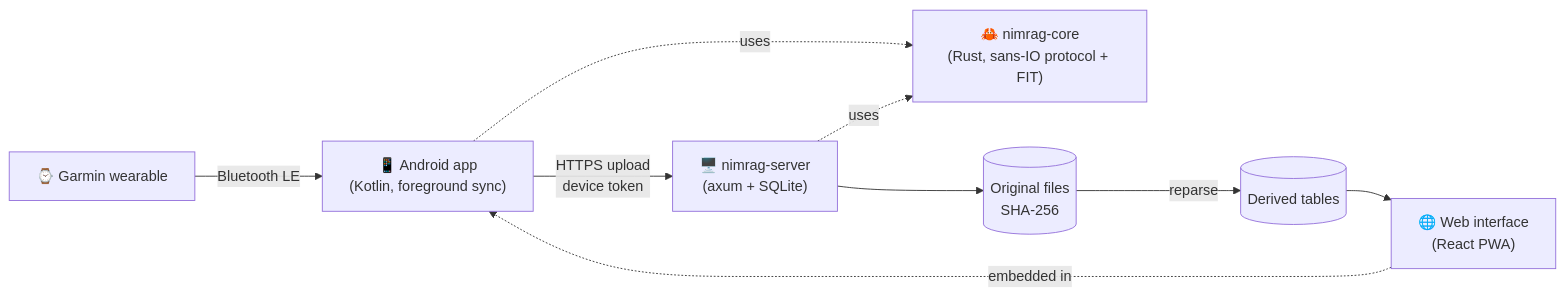
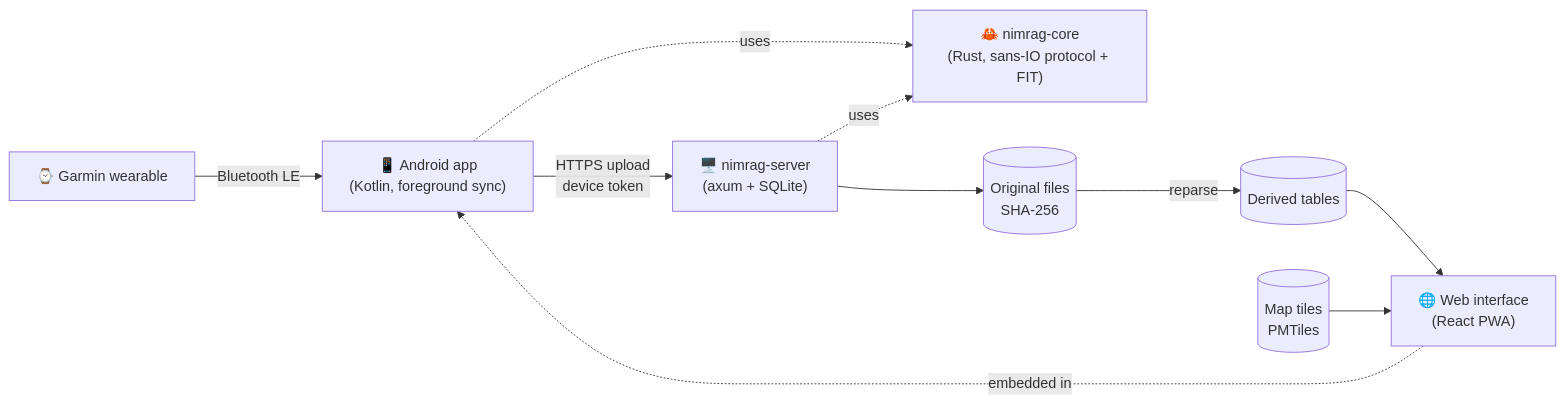
Before and after one commit to AngelFreak/Nimrag-Connect: the diagram in README.md, drawn with Mermaid. The commit also changed other lines of this file, not shown here.

````diff
--- a/README.md
+++ b/README.md
@@ -48,11 +52,12 @@
 ```mermaid
 flowchart LR
     W["⌚ Garmin wearable"] -- "Bluetooth LE" --> A["📱 Android app<br/>(Kotlin, foreground sync)"]
     A -. "uses" .-> C["🦀 nimrag-core<br/>(Rust, sans-IO protocol + FIT)"]
     A -- "HTTPS upload<br/>device token" --> S["🖥️ nimrag-server<br/>(axum + SQLite)"]
     S -. "uses" .-> C
     S --> F[("Original files<br/>SHA-256")]
     F -- "reparse" --> D[("Derived tables")]
     D --> UI["🌐 Web interface<br/>(React PWA)"]
+    T[("Map tiles<br/>PMTiles")] --> UI
     UI -. "embedded in" .-> A
 ```
````
